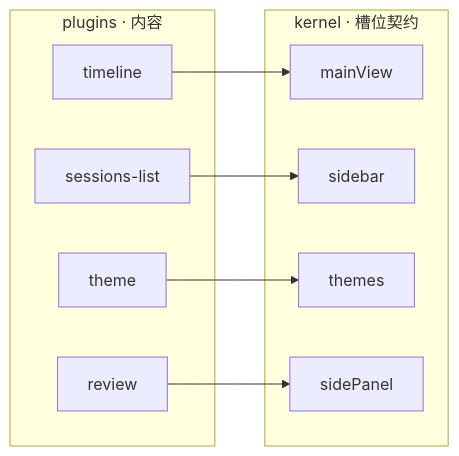
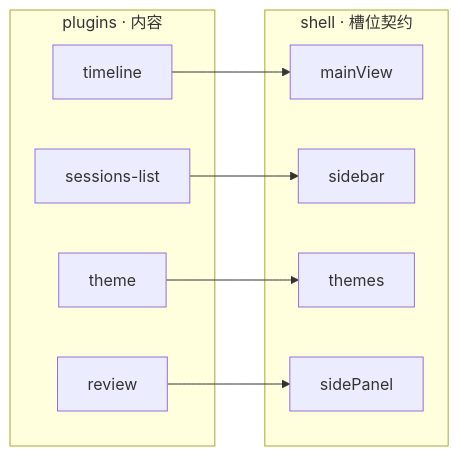
Before and after one commit to GOODDAYDAY/my-harness-desktop: the fourth of 5 diagrams in README_zh.md, drawn with Mermaid. The commit also changed other lines of this file and 1 other file, not shown here.

````diff
--- a/README_zh.md
+++ b/README_zh.md
@@ -199,19 +204,19 @@
 ```mermaid
 flowchart LR
     subgraph plugins[plugins · 内容]
         A[timeline]
         B[sessions-list]
         C[theme]
         D[review]
     end
-    subgraph kernel[kernel · 槽位契约]
+    subgraph shell[shell · 槽位契约]
         S1[mainView]
         S2[sidebar]
         S3[themes]
         S4[sidePanel]
     end
     A --> S1
     B --> S2
     C --> S3
     D --> S4
 ```
````
